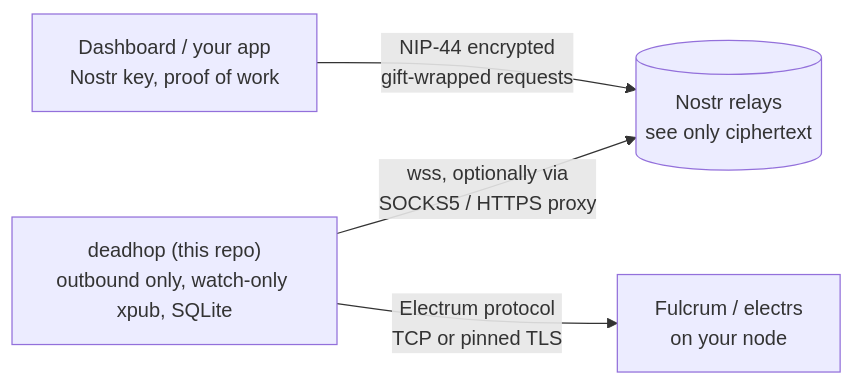
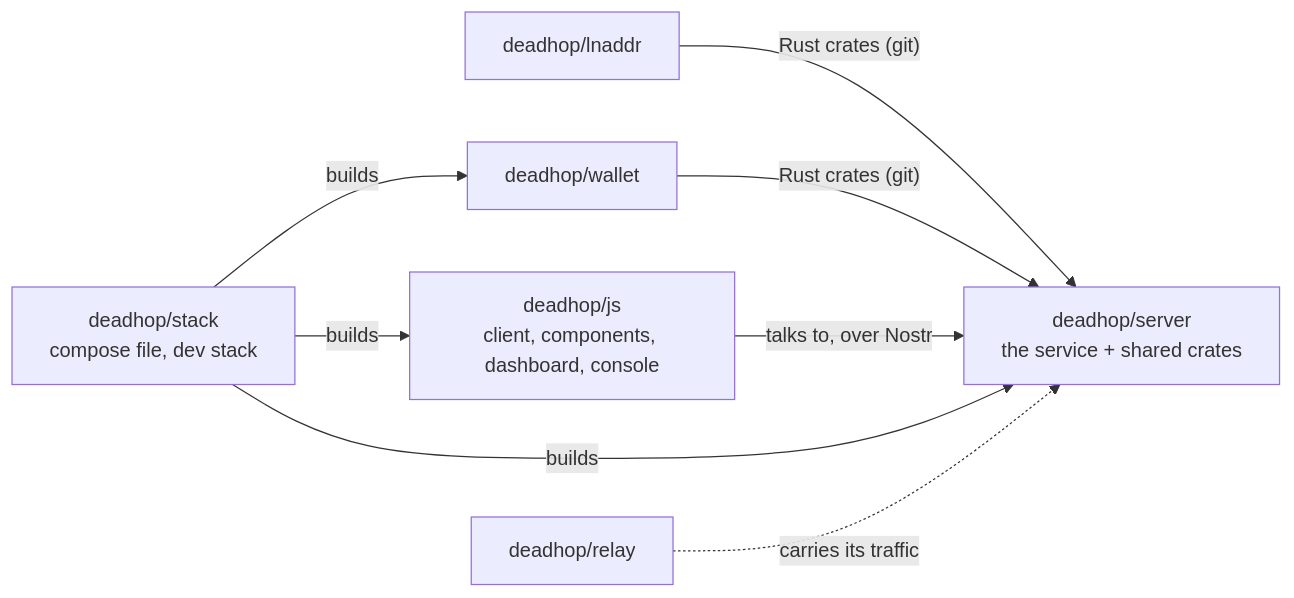
The second of 2 diagrams in README.md (deadhop/server), drawn with Mermaid before and after one commit. The commit also changed other lines of this file, not shown here.

Commit message:
README: how a payment works, the dashboard, the repositories at a glance

````diff
--- a/README.md
+++ b/README.md
@@ -21,6 +117,14 @@
 ```mermaid
 flowchart LR
-    C["Dashboard / your app<br/>Nostr key, proof of work"] -- "NIP-44 encrypted<br/>gift-wrapped requests" --> R[("Nostr relays<br/>see only ciphertext")]
-    S["deadhop (this repo)<br/>outbound only, watch-only xpub, SQLite"] -- "wss, optionally via<br/>SOCKS5 / HTTPS proxy" --> R
-    S -- "Electrum protocol<br/>TCP or pinned TLS" --> E["Fulcrum / electrs<br/>on your node"]
+    server["deadhop/server<br/>the service + shared crates"]
+    js["deadhop/js<br/>client, components, dashboard, console"]
+    lnaddr["deadhop/lnaddr"]
+    wallet["deadhop/wallet"]
+    relay["deadhop/relay"]
+    stack["deadhop/stack<br/>compose file, dev stack"]
+    lnaddr -- "Rust crates (git)" --> server
+    wallet -- "Rust crates (git)" --> server
+    js -- "talks to, over Nostr" --> server
+    stack -- "builds" --> server & js & wallet
+    relay -. "carries its traffic" .-> server
 ```
````
